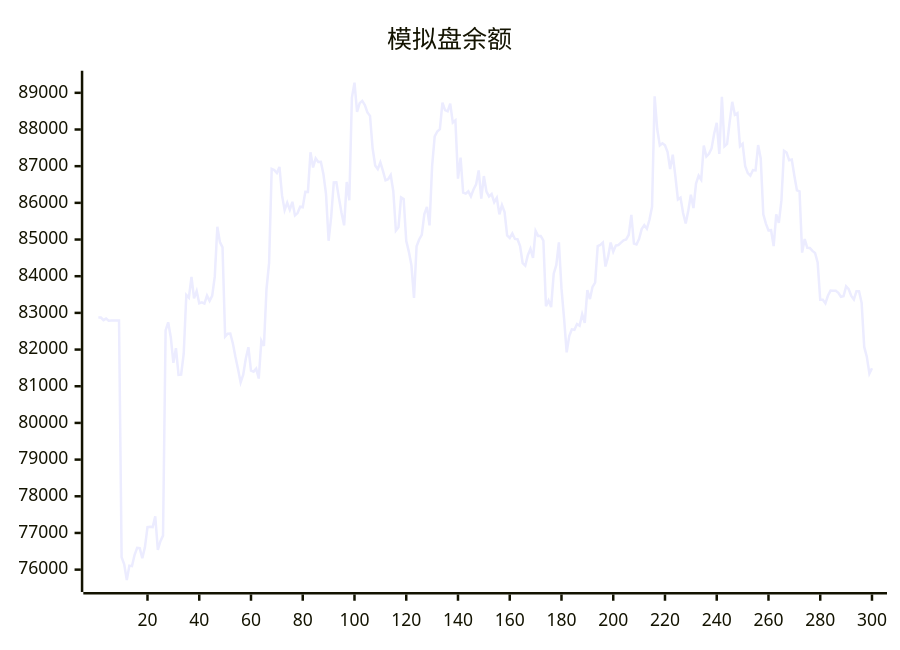
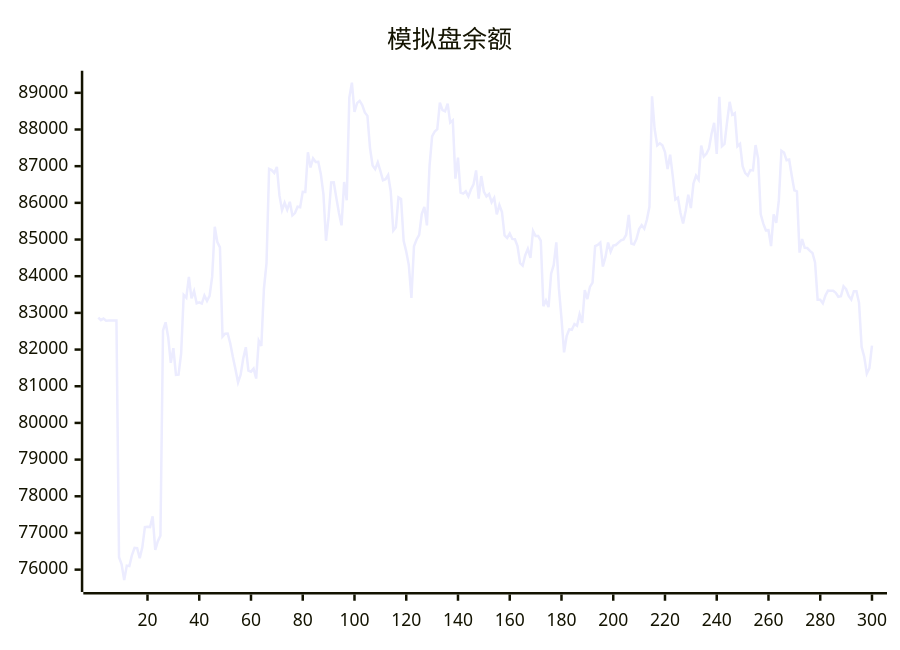
One commit to aahl/ai-trading changed the diagram in README.md. Above: the diagram before and after it, drawn with Mermaid. The commit also changed other lines of this file and 1 other file, not shown here.

````diff
--- a/README.md
+++ b/README.md
@@ -5,5 +5,5 @@
 ```mermaid
 xychart
     title "模拟盘余额"
-    line [82872,82873,82801,82844,82785,82791,82791,82793,82794,76339,76145,75714,76110,76096,76397,76594,76585,76310,76607,77160,77170,77160,77456,76541,76774,76927,82520,82744,82337,81639,82040,81307,81314,81887,83490,83414,83984,83396,83594,83261,83287,83253,83470,83327,83465,83987,85348,84930,84786,82355,82433,82438,82167,81795,81466,81105,81315,81756,82064,81426,81398,81481,81210,82242,82099,83658,84359,86925,86892,86814,86980,86203,85802,86003,85811,86028,85657,85721,85896,85880,86300,86299,87378,86965,87214,87115,87118,86780,86238,84966,85623,86555,86562,86129,85722,85387,86569,86070,88870,89278,88477,88720,88781,88668,88467,88372,87493,87018,86917,87102,86870,86613,86644,86758,86317,85242,85334,86149,86106,84968,84671,84302,83410,84816,85001,85127,85693,85891,85384,87001,87811,87945,88007,88734,88528,88495,88705,88189,88248,86662,87234,86279,86251,86314,86177,86364,86503,86886,86114,86731,86310,86176,86240,86017,86136,85685,85938,85749,85111,85044,85164,85016,85008,84824,84354,84287,84572,84745,84500,85234,85096,85095,84970,83180,83338,83157,84070,84309,84922,83667,82850,81924,82369,82552,82539,82695,82648,82962,82728,83619,83378,83710,83825,84819,84854,84917,84265,84527,84919,84668,84834,84850,84916,84981,85004,85131,85674,84891,84864,85019,85284,85393,85294,85538,85894,88904,88012,87567,87625,87568,87386,86920,87313,86737,86094,86143,85725,85437,85787,86219,85859,86526,86740,86630,87563,87264,87335,87483,87886,88180,87335,88894,87544,87608,88207,88755,88401,88444,87543,87608,87000,86810,86740,86894,86884,87576,87209,85686,85435,85251,85255,84820,85689,85453,86066,87420,87373,87161,87178,86740,86341,86315,84643,85012,84772,84768,84690,84635,84376,83360,83357,83259,83474,83608,83606,83602,83548,83440,83454,83724,83644,83464,83365,83590,83592,83275,82072,81806,81344,81492]
+    line [82873,82801,82844,82785,82791,82791,82793,82794,76339,76145,75714,76110,76096,76397,76594,76585,76310,76607,77160,77170,77160,77456,76541,76774,76927,82520,82744,82337,81639,82040,81307,81314,81887,83490,83414,83984,83396,83594,83261,83287,83253,83470,83327,83465,83987,85348,84930,84786,82355,82433,82438,82167,81795,81466,81105,81315,81756,82064,81426,81398,81481,81210,82242,82099,83658,84359,86925,86892,86814,86980,86203,85802,86003,85811,86028,85657,85721,85896,85880,86300,86299,87378,86965,87214,87115,87118,86780,86238,84966,85623,86555,86562,86129,85722,85387,86569,86070,88870,89278,88477,88720,88781,88668,88467,88372,87493,87018,86917,87102,86870,86613,86644,86758,86317,85242,85334,86149,86106,84968,84671,84302,83410,84816,85001,85127,85693,85891,85384,87001,87811,87945,88007,88734,88528,88495,88705,88189,88248,86662,87234,86279,86251,86314,86177,86364,86503,86886,86114,86731,86310,86176,86240,86017,86136,85685,85938,85749,85111,85044,85164,85016,85008,84824,84354,84287,84572,84745,84500,85234,85096,85095,84970,83180,83338,83157,84070,84309,84922,83667,82850,81924,82369,82552,82539,82695,82648,82962,82728,83619,83378,83710,83825,84819,84854,84917,84265,84527,84919,84668,84834,84850,84916,84981,85004,85131,85674,84891,84864,85019,85284,85393,85294,85538,85894,88904,88012,87567,87625,87568,87386,86920,87313,86737,86094,86143,85725,85437,85787,86219,85859,86526,86740,86630,87563,87264,87335,87483,87886,88180,87335,88894,87544,87608,88207,88755,88401,88444,87543,87608,87000,86810,86740,86894,86884,87576,87209,85686,85435,85251,85255,84820,85689,85453,86066,87420,87373,87161,87178,86740,86341,86315,84643,85012,84772,84768,84690,84635,84376,83360,83357,83259,83474,83608,83606,83602,83548,83440,83454,83724,83644,83464,83365,83590,83592,83275,82072,81806,81344,81492,82109]
 ```
````
